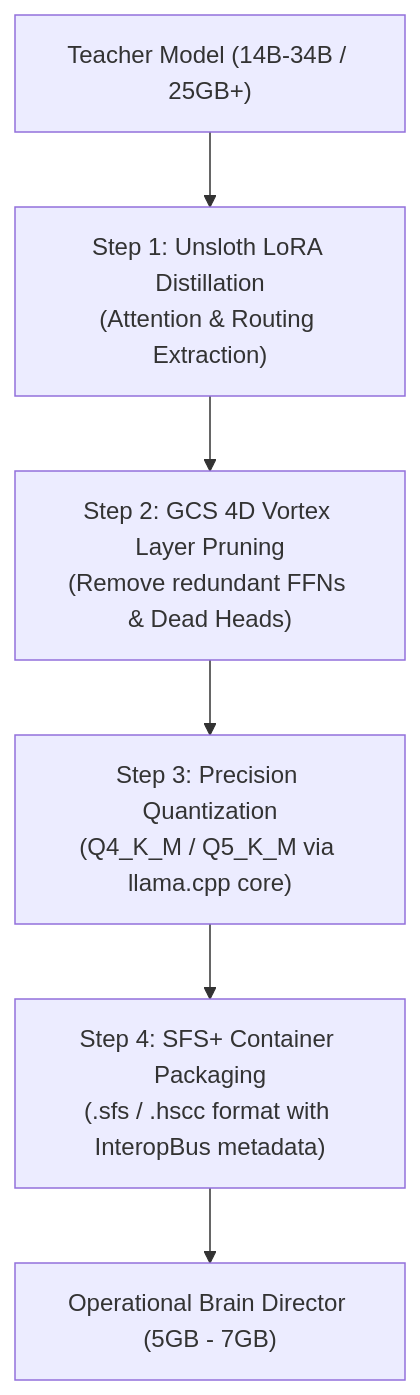
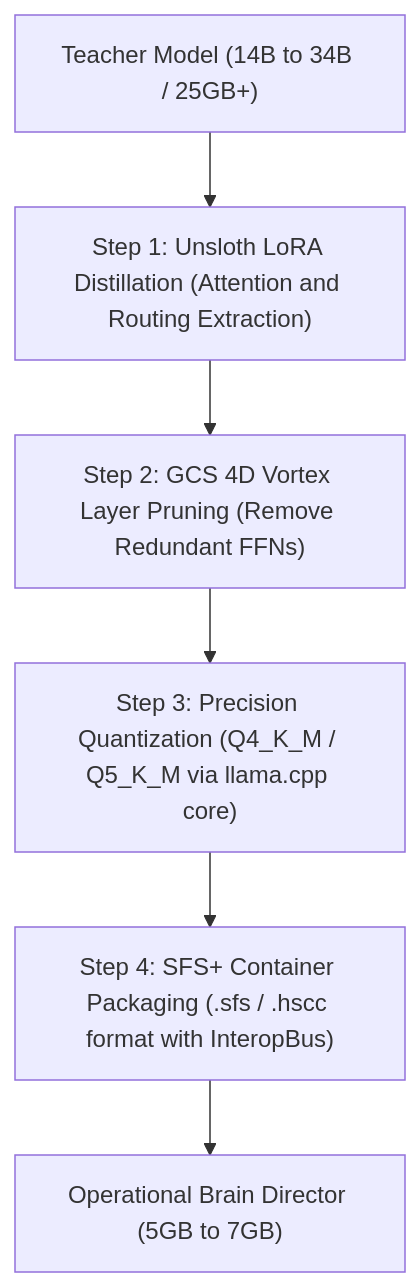
The diagram in docs/BRAIN_MODEL_GUIDELINES.md (thomasjosh1981/Hyper-Spherical-Systems), drawn with Mermaid before and after one commit. The commit also changed 1 other file, not shown here.

Commit message:
fix(docs): sanitize mermaid diagram syntax in guidelines and brochure

````diff
--- a/docs/BRAIN_MODEL_GUIDELINES.md
+++ b/docs/BRAIN_MODEL_GUIDELINES.md
@@ -44,8 +44,8 @@
 ```mermaid
 graph TD
-    A["Teacher Model (14B-34B / 25GB+)"] --> B["Step 1: Unsloth LoRA Distillation\n(Attention & Routing Extraction)"]
-    B --> C["Step 2: GCS 4D Vortex Layer Pruning\n(Remove redundant FFNs & Dead Heads)"]
-    C --> D["Step 3: Precision Quantization\n(Q4_K_M / Q5_K_M via llama.cpp core)"]
-    D --> E["Step 4: SFS+ Container Packaging\n(.sfs / .hscc format with InteropBus metadata)"]
-    E --> F["Operational Brain Director (5GB - 7GB)"]
+    A["Teacher Model (14B to 34B / 25GB+)"] --> B["Step 1: Unsloth LoRA Distillation (Attention and Routing Extraction)"]
+    B --> C["Step 2: GCS 4D Vortex Layer Pruning (Remove Redundant FFNs)"]
+    C --> D["Step 3: Precision Quantization (Q4_K_M / Q5_K_M via llama.cpp core)"]
+    D --> E["Step 4: SFS+ Container Packaging (.sfs / .hscc format with InteropBus)"]
+    E --> F["Operational Brain Director (5GB to 7GB)"]
 ```
````
